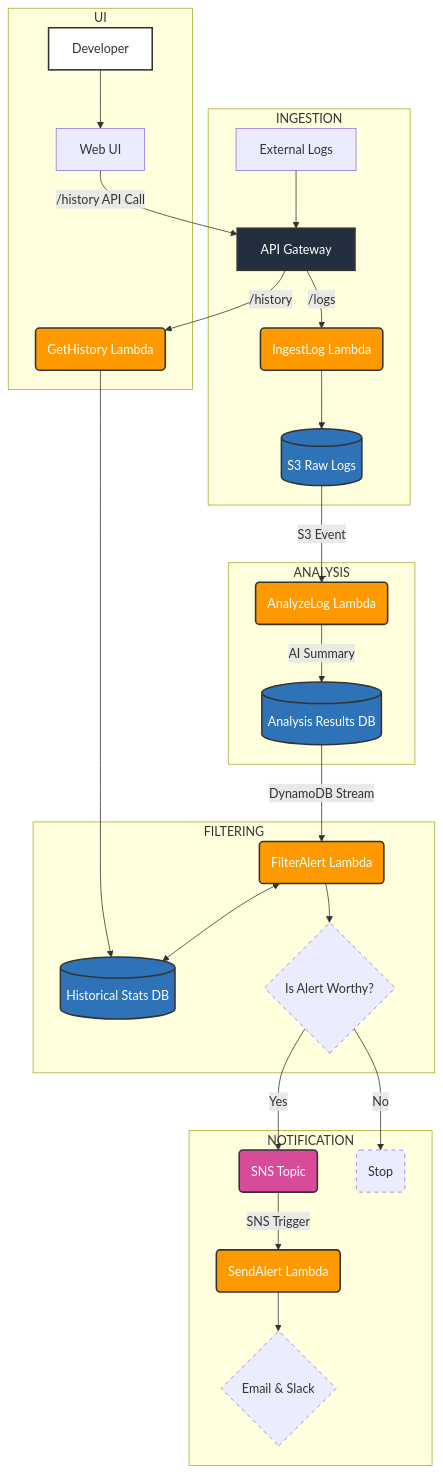
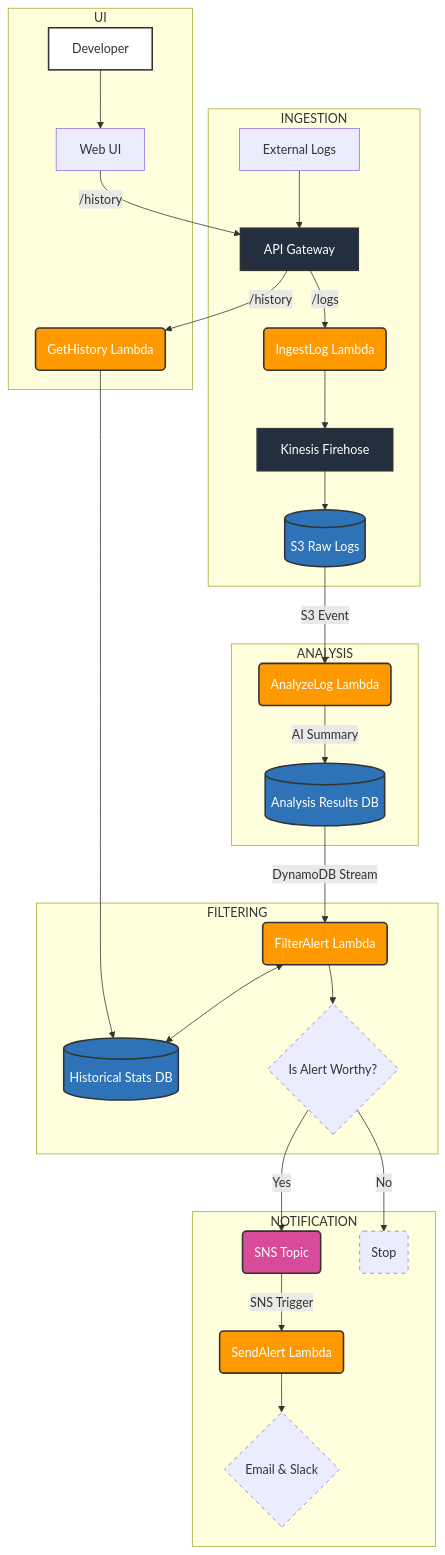
The diagram in README.md (cutun/lambda-error-analyzer), drawn with Mermaid before and after one commit. The commit also changed other lines of this file, not shown here.

Commit message:
more detail

````diff
--- a/README.md
+++ b/README.md
@@ -23,54 +23,55 @@
 ```mermaid
 graph TD
-    %% Define styles for different node types
-    classDef lambda fill:#FF9900,stroke:#333,stroke-width:2px,color:#fff;
-    classDef db fill:#2E73B8,stroke:#333,stroke-width:2px,color:#fff;
+    %% ───────── Styles ─────────
+    classDef lambda  fill:#FF9900,stroke:#333,stroke-width:2px,color:#fff;
+    classDef db      fill:#2E73B8,stroke:#333,stroke-width:2px,color:#fff;
     classDef service fill:#232F3E,stroke:#333,stroke-width:2px,color:#fff;
-    classDef topic fill:#D84B9A,stroke:#333,stroke-width:2px,color:#fff;
-    classDef user fill:#fff,stroke:#333,stroke-width:2px,color:#333;
-    classDef decision stroke-dasharray: 5 5;
+    classDef topic   fill:#D84B9A,stroke:#333,stroke-width:2px,color:#fff;
+    classDef user    fill:#fff,stroke:#333,stroke-width:2px,color:#333;
+    classDef decision stroke-dasharray:5 5;
 
-    %% STAGE 1
+    %% ───────── STAGE 1 – INGESTION ─────────
     subgraph INGESTION
         A[External Logs] --> API_GW[API Gateway];
         API_GW -- /logs --> IngestLambda(IngestLog Lambda);
-        IngestLambda --> RawLogs[(S3 Raw Logs)];
+        IngestLambda --> Firehose[Kinesis Firehose];
+        Firehose --> RawLogs[(S3 Raw Logs)];
     end
 
-    %% STAGE 2
+    %% ───────── STAGE 2 – ANALYSIS ─────────
     subgraph ANALYSIS
         RawLogs -- S3 Event --> AnalyzeLambda(AnalyzeLog Lambda);
         AnalyzeLambda -- AI Summary --> AnalysisDB[(Analysis Results DB)];
     end
 
-    %% STAGE 3
+    %% ───────── STAGE 3 – FILTERING ─────────
     subgraph FILTERING
         AnalysisDB -- DynamoDB Stream --> FilterLambda(FilterAlert Lambda);
         FilterLambda <--> HistoryDB[(Historical Stats DB)];
         FilterLambda --> IsWorthy{Is Alert Worthy?};
     end
 
-    %% STAGE 4
+    %% ───────── STAGE 4 – NOTIFICATION ─────────
     subgraph NOTIFICATION
         IsWorthy -- Yes --> AlertTopic(SNS Topic);
-        IsWorthy -- No --> Stop(Stop);
+        IsWorthy -- No  --> Stop(Stop);
         AlertTopic -- SNS Trigger --> SendLambda(SendAlert Lambda);
         SendLambda --> Notifications{Email & Slack};
     end
     
-    %% STAGE 5
+    %% ───────── STAGE 5 – UI ─────────
     subgraph UI
         Developer[Developer] --> Frontend[Web UI];
-        Frontend -- /history API Call --> API_GW;
+        Frontend -- /history --> API_GW;
         API_GW -- /history --> GetHistoryLambda(GetHistory Lambda);
         GetHistoryLambda --> HistoryDB;
     end
-    
-    %% Apply styles
+
+    %% ───────── Apply styles ─────────
     class Developer user;
     class IngestLambda,AnalyzeLambda,FilterLambda,SendLambda,GetHistoryLambda lambda;
     class RawLogs,AnalysisDB,HistoryDB db;
-    class API_GW service;
+    class API_GW,Firehose service;
     class AlertTopic topic;
     class IsWorthy,Stop,Notifications decision;
 ```
````
